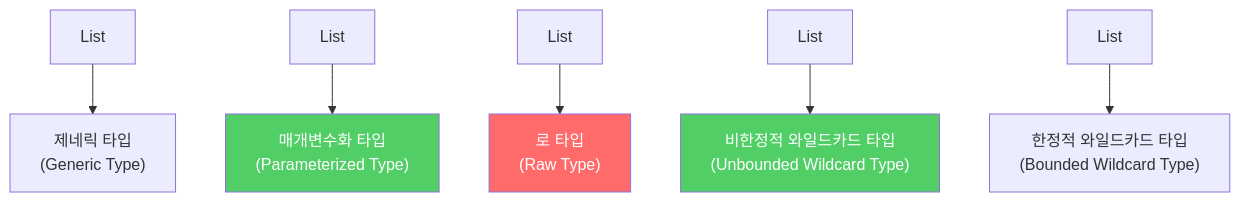
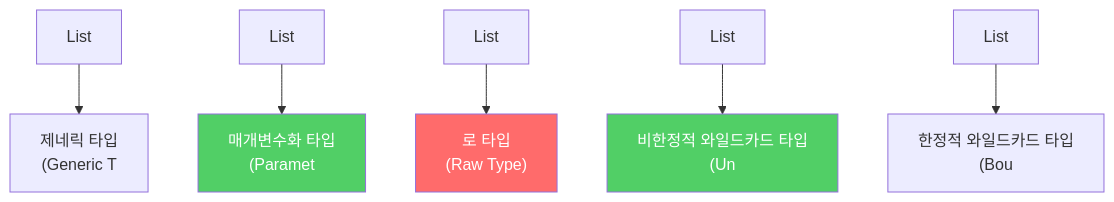
The third of 3 diagrams in _posts/java/2022-01-05-effective-java26.md (yjkim2015/yjkim2015.github.io), drawn with Mermaid before and after one commit. The commit also changed other lines of this file and 271 other files, not shown here.

First line of the commit message:
Mermaid 라벨 축소: 긴 노드 텍스트 18자 이하로 트림 + \n 제거

````diff
--- a/_posts/java/2022-01-05-effective-java26.md
+++ b/_posts/java/2022-01-05-effective-java26.md
@@ -191,11 +191,11 @@
 ```mermaid
 graph TD
-    A["List<E>"] --> B["제네릭 타입\n(Generic Type)"]
-    C["List<String>"] --> D["매개변수화 타입\n(Parameterized Type)"]
+    A["List<E>"] --> B["제네릭 타입\n(Generic T"]
+    C["List<String>"] --> D["매개변수화 타입\n(Paramet"]
     E["List"] --> F["로 타입\n(Raw Type)"]
-    G["List<?>"] --> H["비한정적 와일드카드 타입\n(Unbounded Wildcard Type)"]
-    I["List<? extends Number>"] --> J["한정적 와일드카드 타입\n(Bounded Wildcard Type)"]
+    G["List<?>"] --> H["비한정적 와일드카드 타입\n(Un"]
+    I["List<? extends Num"] --> J["한정적 와일드카드 타입\n(Bou"]
     style F fill:#ff6b6b,color:#fff
     style D fill:#51cf66,color:#fff
     style H fill:#51cf66,color:#fff
 ```
````
